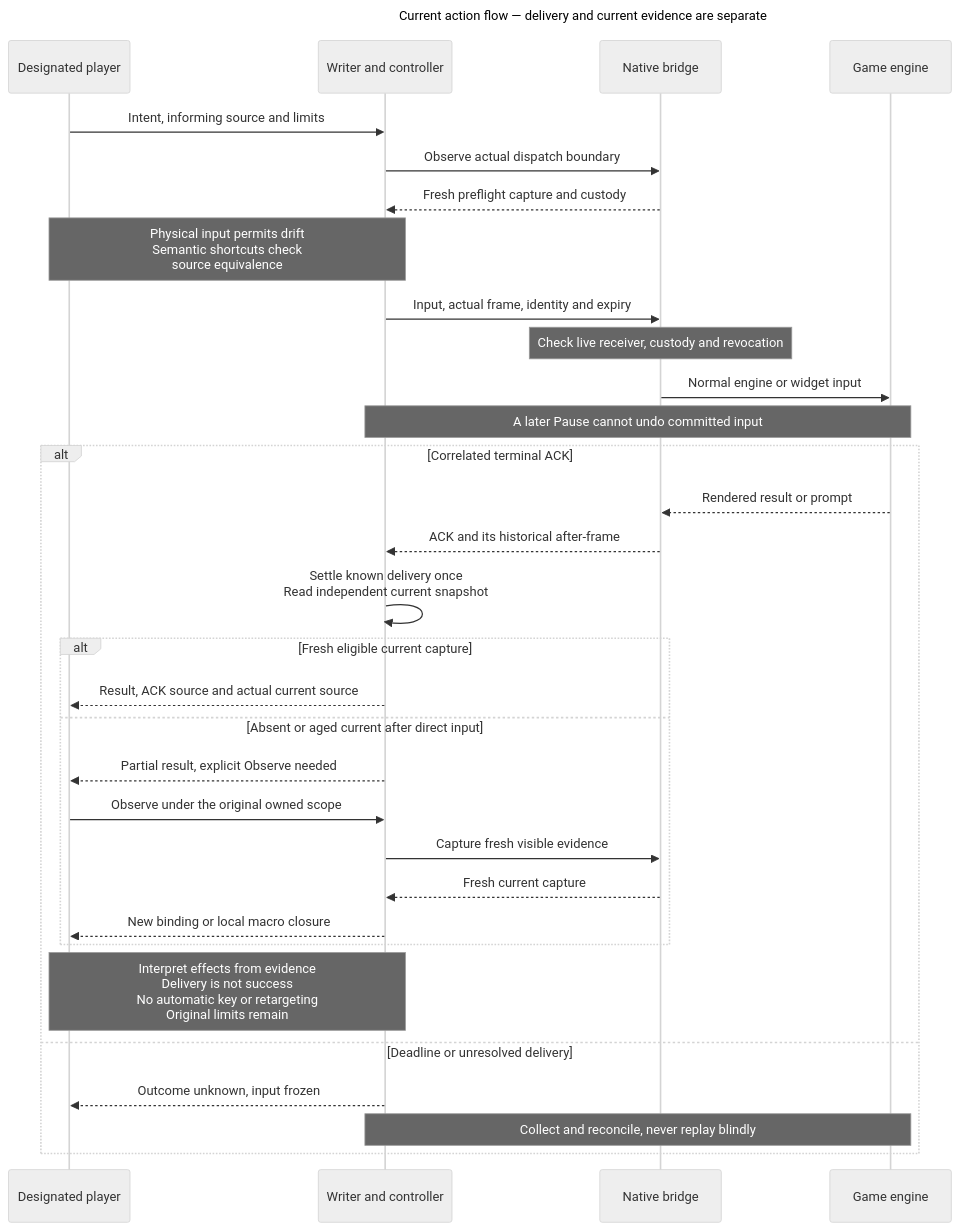
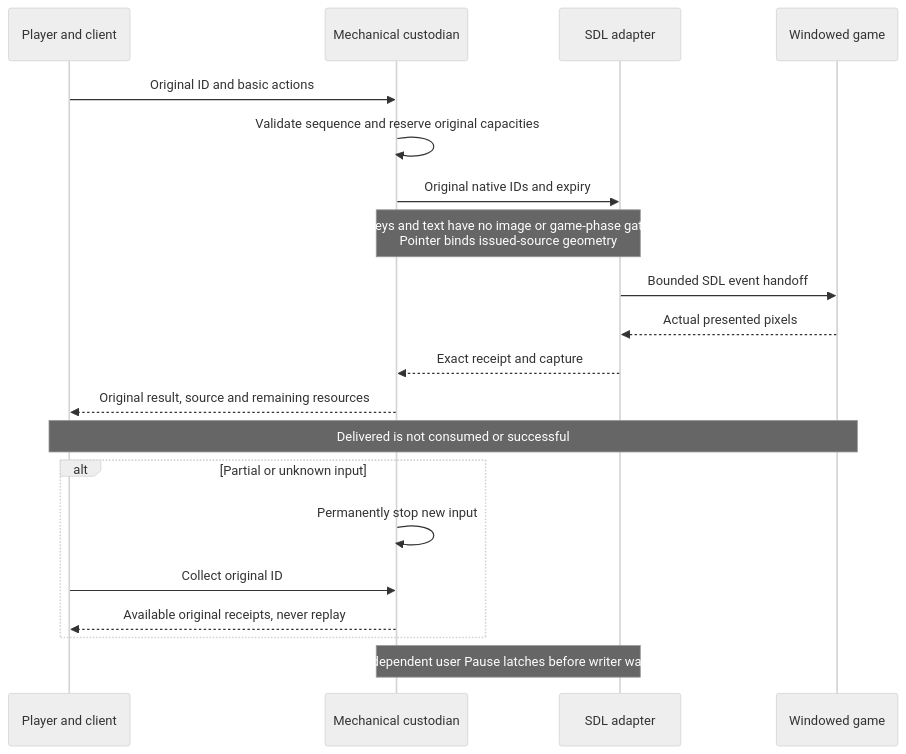
Before and after one commit to CVX-Hull/enactive: the diagram in docs/diagrams/action.mmd, drawn with Mermaid (neutral theme). The commit also changed 382 other files, not shown here.

First line of the commit message:
Replace semantic harness with mechanical computer control (#289)

```diff
--- a/docs/diagrams/action.mmd
+++ b/docs/diagrams/action.mmd
@@ -1,36 +1,22 @@
----
-title: Current action flow — delivery and current evidence are separate
----
 sequenceDiagram
-  accTitle: Physical or semantic input through one writer
-  accDescr: The player chooses an intent and informing source. The writer and controller capture actual dispatch evidence. Physical input permits visual drift under unchanged custody; semantic shortcuts retain their equivalence checks. Native commit validates the actual receiver and authority. A correlated ACK settles delivery once as historical evidence, never objective success or current authority. A separate current snapshot can support the next decision. If it is absent or aged after direct input, the player must explicitly Observe before another input. Original scope and costs remain. Unknown delivery freezes input and is never blindly replayed.
-  participant P as Designated player
-  participant C as Writer and controller
-  participant B as Native bridge
-  participant G as Game engine
-  P->>C: Intent, informing source and limits
-  C->>B: Observe actual dispatch boundary
-  B-->>C: Fresh preflight capture and custody
-  Note over P,C: Physical input permits drift<br/>Semantic shortcuts check<br/>source equivalence
-  C->>B: Input, actual frame, identity and expiry
-  Note over B: Check live receiver, custody and revocation
-  B->>G: Normal engine or widget input
-  Note over C,G: A later Pause cannot undo committed input
-  alt Correlated terminal ACK
-    G-->>B: Rendered result or prompt
-    B-->>C: ACK and its historical after-frame
-    C->>C: Settle known delivery once<br/>Read independent current snapshot
-    alt Fresh eligible current capture
-      C-->>P: Result, ACK source and actual current source
-    else Absent or aged current after direct input
-      C-->>P: Partial result, explicit Observe needed
-      P->>C: Observe under the original owned scope
-      C->>B: Capture fresh visible evidence
-      B-->>C: Fresh current capture
-      C-->>P: New binding or local macro closure
-    end
-    Note over P,C: Interpret effects from evidence<br/>Delivery is not success<br/>No automatic key or retargeting<br/>Original limits remain
-  else Deadline or unresolved delivery
-    C-->>P: Outcome unknown, input frozen
-    Note over C,G: Collect and reconcile, never replay blindly
+  accTitle: Current basic input and original collection
+  accDescr: The client assigns an original ID before HTTP submission. One writer validates the complete basic sequence and reserves original capacities. The adapter hands SDL events to the game and captures actual pixels. Delivery is not game success. Unknown or partial input permanently stops further input; collection preserves original IDs without replay. Pause bypasses the writer.
+  participant P as Player and client
+  participant C as Mechanical custodian
+  participant N as SDL adapter
+  participant G as Windowed game
+  P->>C: Original ID and basic actions
+  C->>C: Validate sequence and reserve original capacities
+  C->>N: Original native IDs and expiry
+  Note over C,N: Keys and text have no image or game-phase gate<br/>Pointer binds issued-source geometry
+  N->>G: Bounded SDL event handoff
+  G-->>N: Actual presented pixels
+  N-->>C: Exact receipt and capture
+  C-->>P: Original result, source and remaining resources
+  Note over P,G: Delivered is not consumed or successful
+  alt Partial or unknown input
+    C->>C: Permanently stop new input
+    P->>C: Collect original ID
+    C-->>P: Available original receipts, never replay
   end
+  Note over C,N: Independent user Pause latches before writer waits
```
